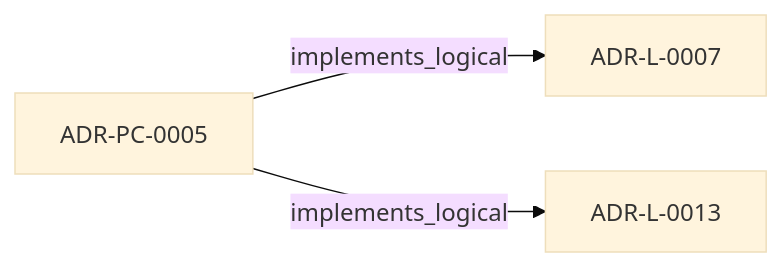
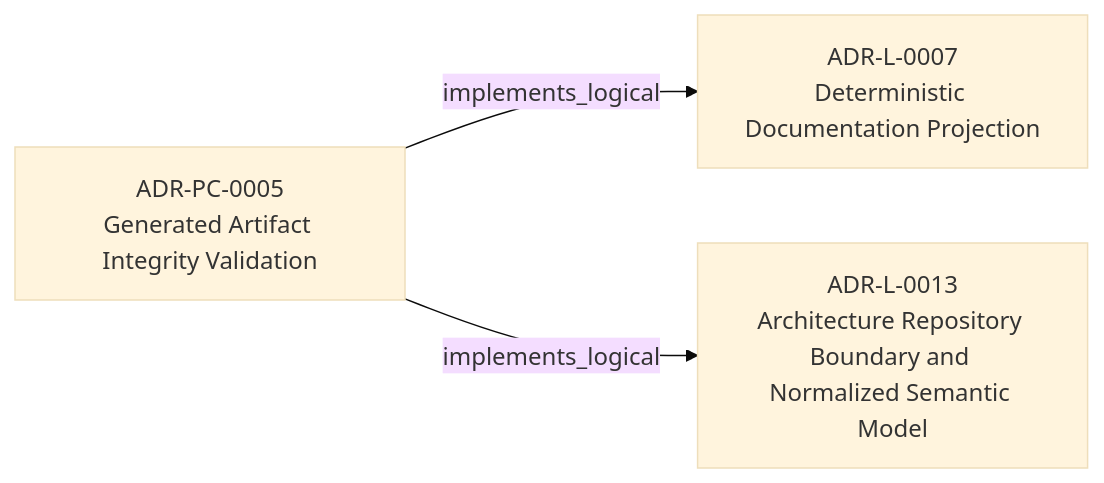
The second of 3 diagrams in adrs/adr-projection/physical-component/ADR-PC-0005-generated-artifact-integrity-validation.md (egallmann/adr-architecture-kit), drawn with Mermaid (base theme) before and after one commit. The commit also changed other lines of this file and 35 other files, not shown here.

First line of the commit message:
docs: regenerate deterministic ADR-PC projections

````diff
--- a/adrs/adr-projection/physical-component/ADR-PC-0005-generated-artifact-integrity-validation.md
+++ b/adrs/adr-projection/physical-component/ADR-PC-0005-generated-artifact-integrity-validation.md
@@ -41,8 +69,8 @@
 ```mermaid
 flowchart LR
-  n_019fee89_e615_7b9c_8e3f_32ceeda01491["ADR-L-0007"]
-  n_019fee89_e616_7c4e_953c_b7349412a784["ADR-L-0013"]
-  n_019fee89_e618_74b2_a83e_e41c7d8c9f37["ADR-PC-0005"]
+  n_019fee89_e615_7b9c_8e3f_32ceeda01491["ADR-L-0007<br/>Deterministic Documentation Projection"]
+  n_019fee89_e616_7c4e_953c_b7349412a784["ADR-L-0013<br/>Architecture Repository Boundary and Normalized Semantic Model"]
+  n_019fee89_e618_74b2_a83e_e41c7d8c9f37["ADR-PC-0005<br/>Generated Artifact Integrity Validation"]
   n_019fee89_e618_74b2_a83e_e41c7d8c9f37 -->|"implements_logical"| n_019fee89_e615_7b9c_8e3f_32ceeda01491
   n_019fee89_e618_74b2_a83e_e41c7d8c9f37 -->|"implements_logical"| n_019fee89_e616_7c4e_953c_b7349412a784
 ```
````
